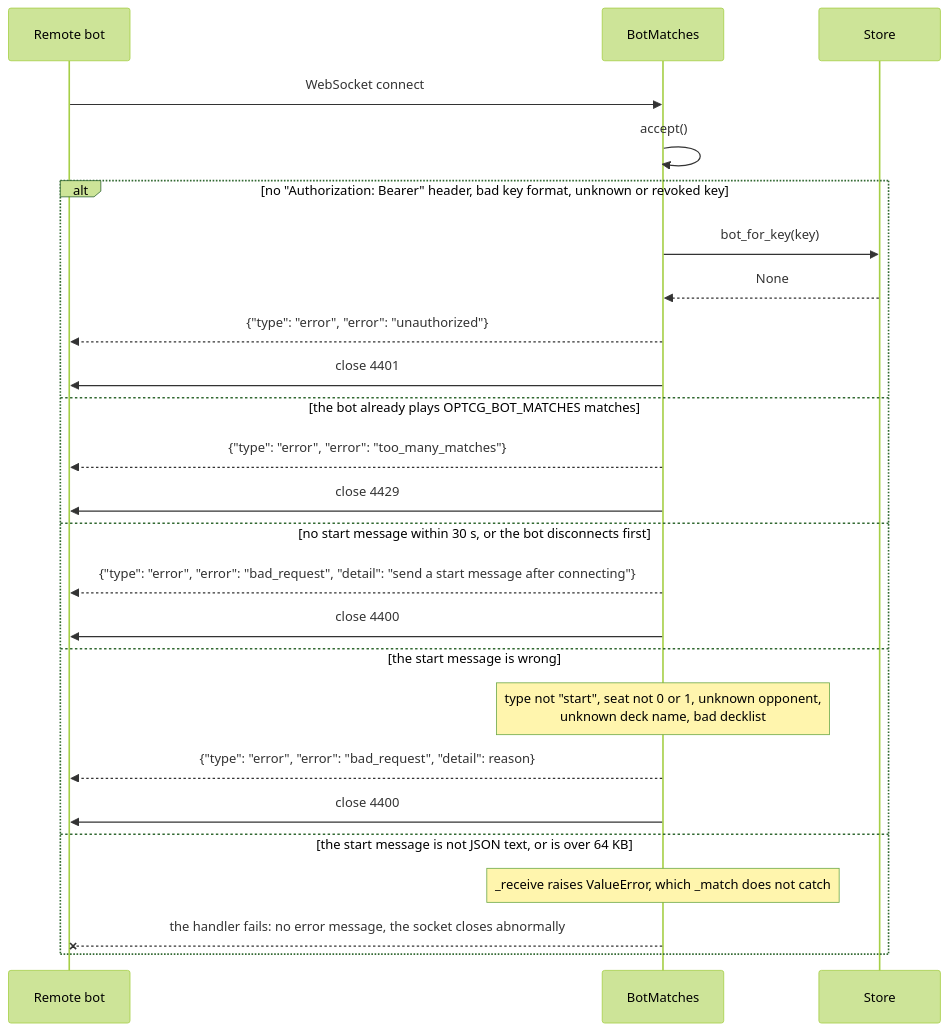
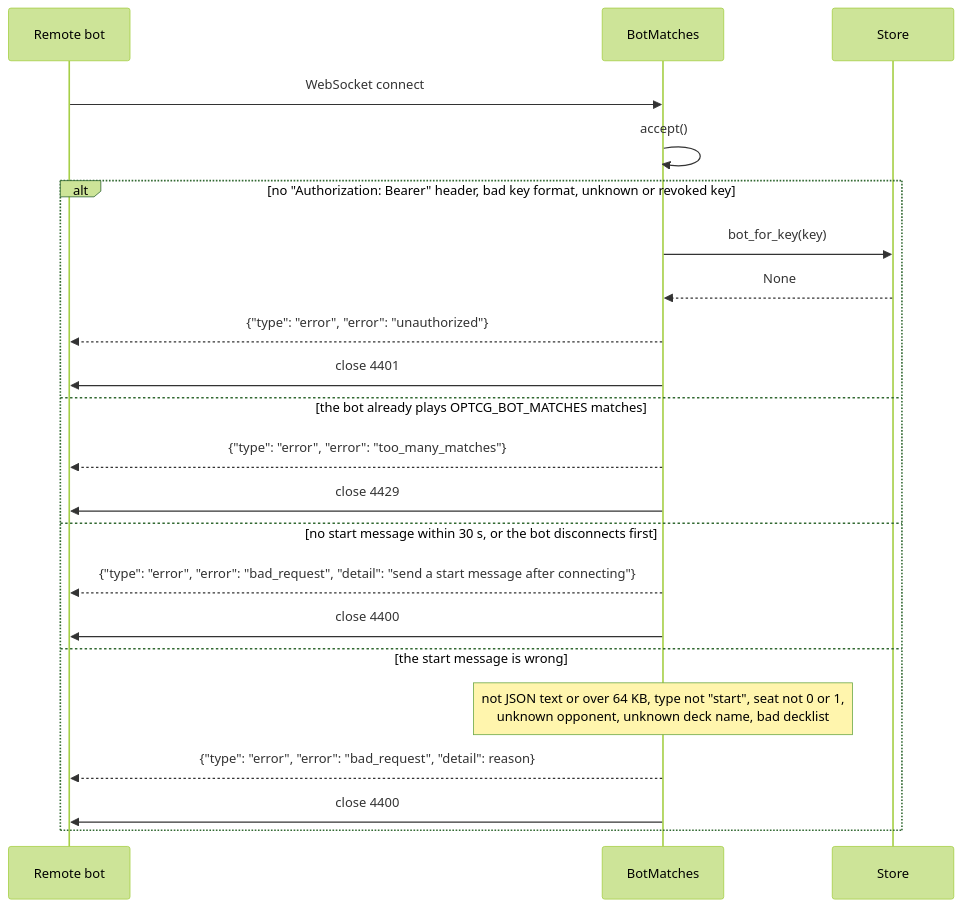
Before and after one commit to LordHoboDojo/optcg-bot: the fifth of 11 diagrams in docs/architecture/server.md, drawn with Mermaid (forest theme). The commit also changed other lines of this file and 5 other files, not shown here.

````diff
--- a/docs/architecture/server.md
+++ b/docs/architecture/server.md
@@ -236,27 +236,24 @@
 ```mermaid
 sequenceDiagram
     participant B as Remote bot
     participant M as BotMatches
     participant DB as Store
     B->>M: WebSocket connect
     M->>M: accept()
     alt no "Authorization: Bearer" header, bad key format, unknown or revoked key
         M->>DB: bot_for_key(key)
         DB-->>M: None
         M-->>B: {"type": "error", "error": "unauthorized"}
         M->>B: close 4401
     else the bot already plays OPTCG_BOT_MATCHES matches
         M-->>B: {"type": "error", "error": "too_many_matches"}
         M->>B: close 4429
     else no start message within 30 s, or the bot disconnects first
         M-->>B: {"type": "error", "error": "bad_request", "detail": "send a start message after connecting"}
         M->>B: close 4400
     else the start message is wrong
-        Note over M: type not "start", seat not 0 or 1, unknown opponent,<br/>unknown deck name, bad decklist
+        Note over M: not JSON text or over 64 KB, type not "start", seat not 0 or 1,<br/>unknown opponent, unknown deck name, bad decklist
         M-->>B: {"type": "error", "error": "bad_request", "detail": reason}
         M->>B: close 4400
-    else the start message is not JSON text, or is over 64 KB
-        Note over M: _receive raises ValueError, which _match does not catch
-        M--xB: the handler fails: no error message, the socket closes abnormally
     end
 ```
````
